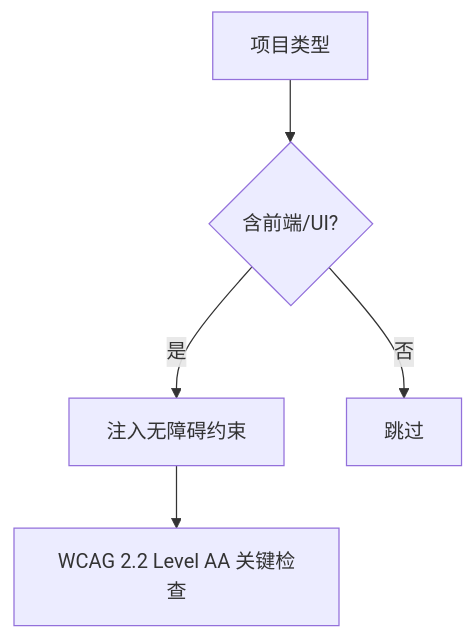
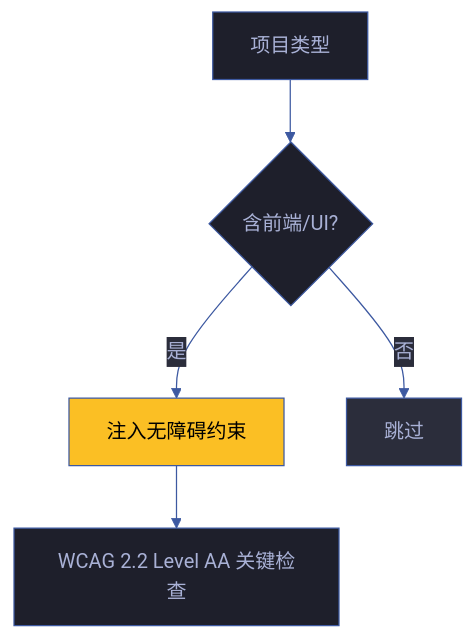
The third of 3 diagrams in skills/rui/rules/security-guardrails.md (effiy/YrY), drawn with Mermaid before and after one commit. The commit also changed other lines of this file and 1028 other files, not shown here.

````diff
--- a/skills/rui/rules/security-guardrails.md
+++ b/skills/rui/rules/security-guardrails.md
@@ -145,7 +291,18 @@
 ```mermaid
+%%{init: {'theme': 'base', 'themeVariables': {
+  'primaryColor': '#1e1f2b',
+  'primaryTextColor': '#a9b1d6',
+  'primaryBorderColor': '#3d59a1',
+  'lineColor': '#3d59a1',
+  'secondaryColor': '#2b2d3b',
+  'tertiaryColor': '#21232f'
+}}}%%
 flowchart TD
     PROJ["项目类型"] --> Q1{"含前端/UI?"}
     Q1 -->|"是"| A11Y["注入无障碍约束"]:::inj
     Q1 -->|"否"| SKIP["跳过"]:::skip
     A11Y --> CHECK["WCAG 2.2 Level AA 关键检查"]
+
+    classDef inj fill:#fbbf24,color:#000
+    classDef skip fill:#2b2d3b,stroke:#3d59a1,color:#a9b1d6
 ```
````
